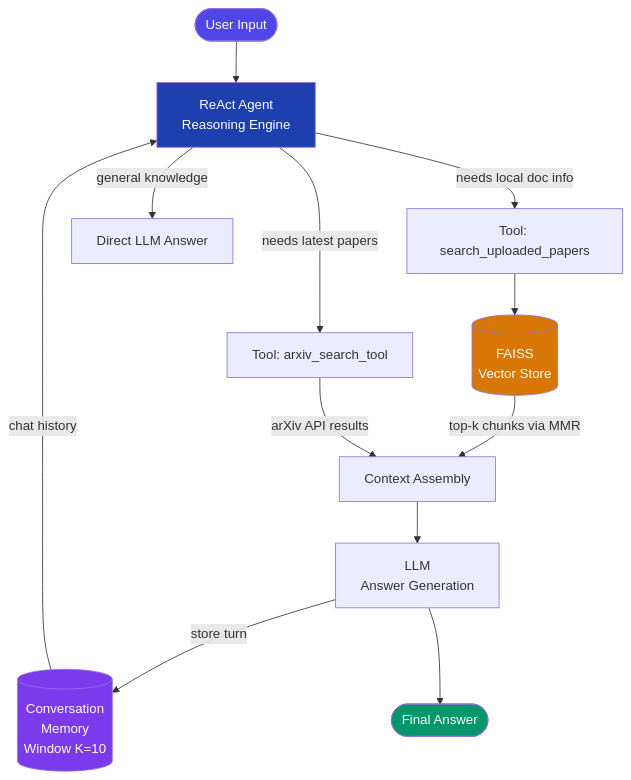
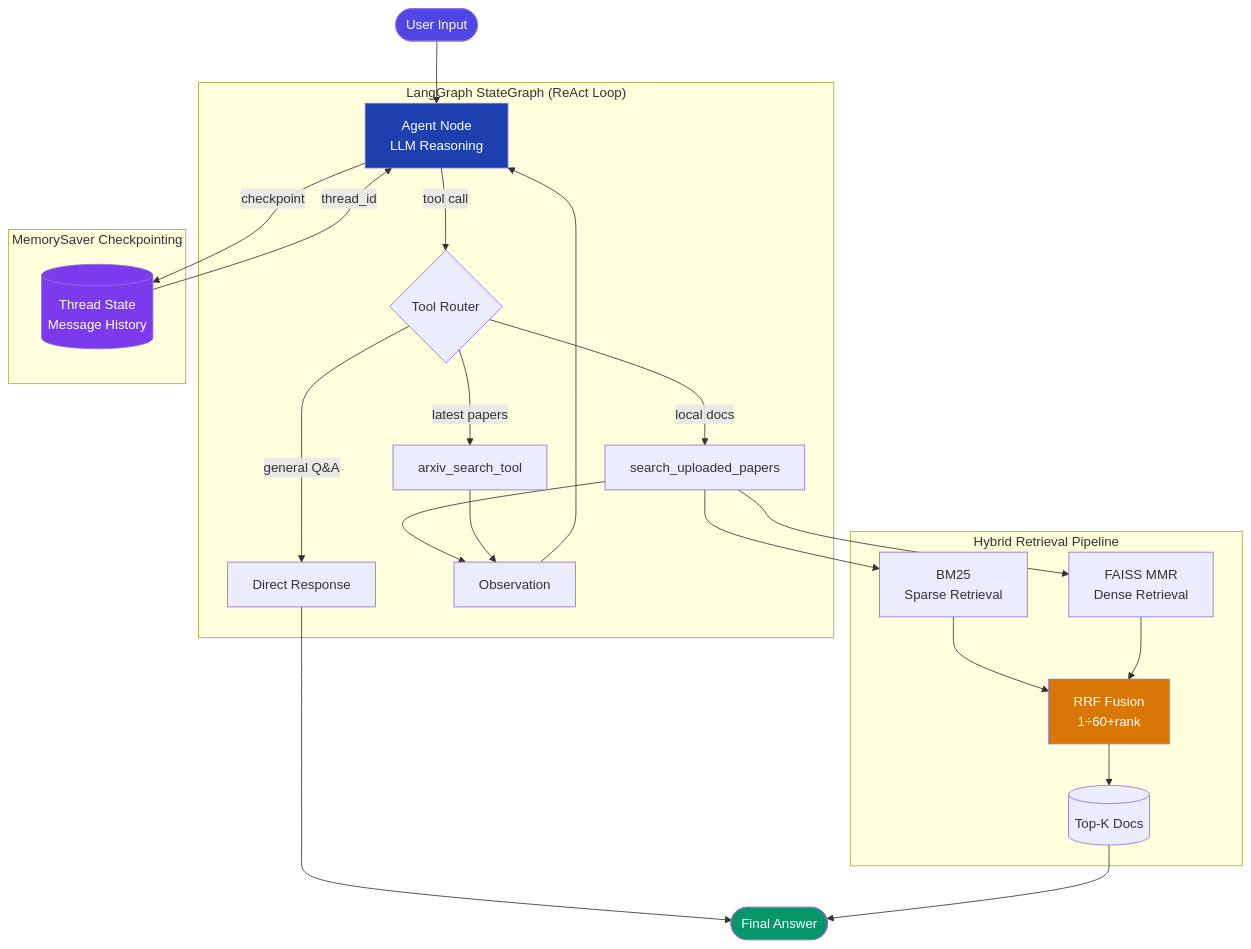
The first of 2 diagrams in README.md (Zhouyang66639/academic-rag-agent), drawn with Mermaid before and after one commit. The commit also changed other lines of this file and 4 other files, not shown here.

Commit message:
feat: v2.0 - LangGraph agent, Hybrid BM25+FAISS+RRF search, FastEmbed ONNX

````diff
--- a/README.md
+++ b/README.md
@@ -48,25 +50,36 @@
 ```mermaid
 flowchart TD
-    A([User Input]) --> B[ReAct Agent\nReasoning Engine]
+    A([User Input]) --> B
 
-    B -->|needs local doc info| C[Tool: search_uploaded_papers]
-    B -->|needs latest papers| D[Tool: arxiv_search_tool]
-    B -->|general knowledge| E[Direct LLM Answer]
+    subgraph LangGraph_StateGraph ["LangGraph StateGraph (ReAct Loop)"]
+        B[Agent Node\nLLM Reasoning] -->|tool call| C{Tool Router}
+        C -->|local docs| D[search_uploaded_papers]
+        C -->|latest papers| E[arxiv_search_tool]
+        C -->|general Q&A| F[Direct Response]
+        D --> G[Observation]
+        E --> G
+        G --> B
+    end
 
-    C --> F[(FAISS\nVector Store)]
-    F -->|top-k chunks via MMR| G[Context Assembly]
-    D -->|arXiv API results| G
+    subgraph Hybrid_Retrieval ["Hybrid Retrieval Pipeline"]
+        D --> H[BM25\nSparse Retrieval]
+        D --> I[FAISS MMR\nDense Retrieval]
+        H --> J[RRF Fusion\n1÷60+rank]
+        I --> J
+        J --> K[(Top-K Docs)]
+    end
 
-    G --> H[LLM\nAnswer Generation]
+    subgraph Memory ["MemorySaver Checkpointing"]
+        L[(Thread State\nMessage History)] -->|thread_id| B
+        B -->|checkpoint| L
+    end
 
-    I[(Conversation\nMemory\nWindow K=10)] -->|chat history| B
-    H -->|store turn| I
-
-    H --> J([Final Answer])
+    F --> M([Final Answer])
+    K --> M
 
     style A fill:#4f46e5,color:#fff
-    style J fill:#059669,color:#fff
-    style F fill:#d97706,color:#fff
-    style I fill:#7c3aed,color:#fff
+    style M fill:#059669,color:#fff
+    style J fill:#d97706,color:#fff
+    style L fill:#7c3aed,color:#fff
     style B fill:#1e40af,color:#fff
 ```
````
